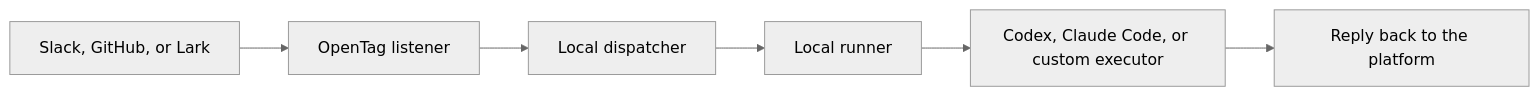
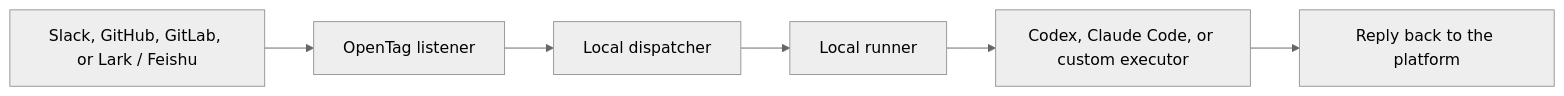
The diagram in README.md (amplifthq/opentag), drawn with Mermaid (neutral theme) before and after one commit. The commit also changed other lines of this file and 4 other files, not shown here.

First line of the commit message:
Align setup docs with GitLab support (#67)

````diff
--- a/README.md
+++ b/README.md
@@ -205,8 +206,8 @@
 ```mermaid
 flowchart LR
-    A["Slack, GitHub, or Lark"] --> B["OpenTag listener"]
+    A["Slack, GitHub, GitLab, or Lark / Feishu"] --> B["OpenTag listener"]
     B --> C["Local dispatcher"]
     C --> D["Local runner"]
     D --> E["Codex, Claude Code, or custom executor"]
     E --> F["Reply back to the platform"]
 ```
````
